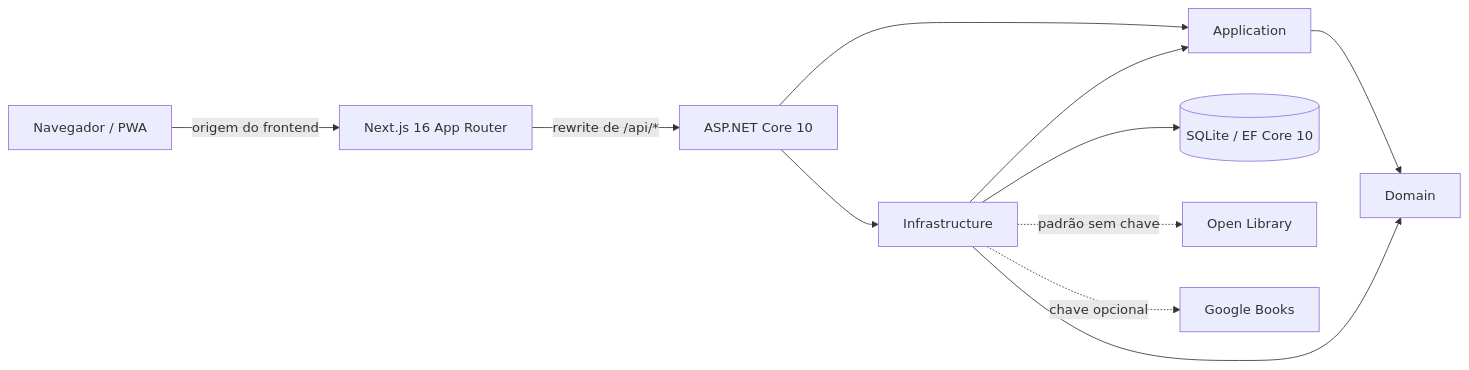
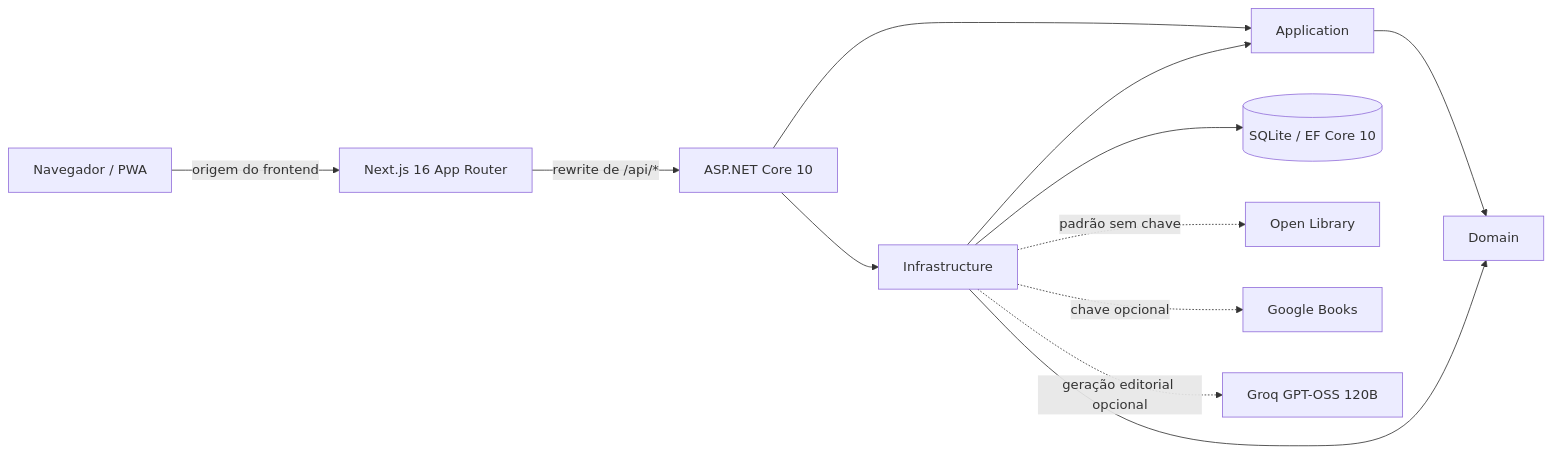
One commit to DiogoJP202/Mnemora changed the first of 3 diagrams in docs/technical-architecture.md. Above: the diagram before and after it, drawn with Mermaid. The commit also changed other lines of this file and 9 other files, not shown here.

````diff
--- a/docs/technical-architecture.md
+++ b/docs/technical-architecture.md
@@ -19,13 +19,14 @@
 ```mermaid
 flowchart LR
     Browser[Navegador / PWA] -->|origem do frontend| Next[Next.js 16 App Router]
     Next -->|rewrite de /api/*| Api[ASP.NET Core 10]
     Api --> App[Application]
     Api --> Infra[Infrastructure]
     App --> Domain[Domain]
     Infra --> App
     Infra --> Domain
     Infra --> Db[(SQLite / EF Core 10)]
     Infra -. padrão sem chave .-> OpenLibrary[Open Library]
     Infra -. chave opcional .-> Google[Google Books]
+    Infra -. geração editorial opcional .-> Groq[Groq GPT-OSS 120B]
 ```
````
